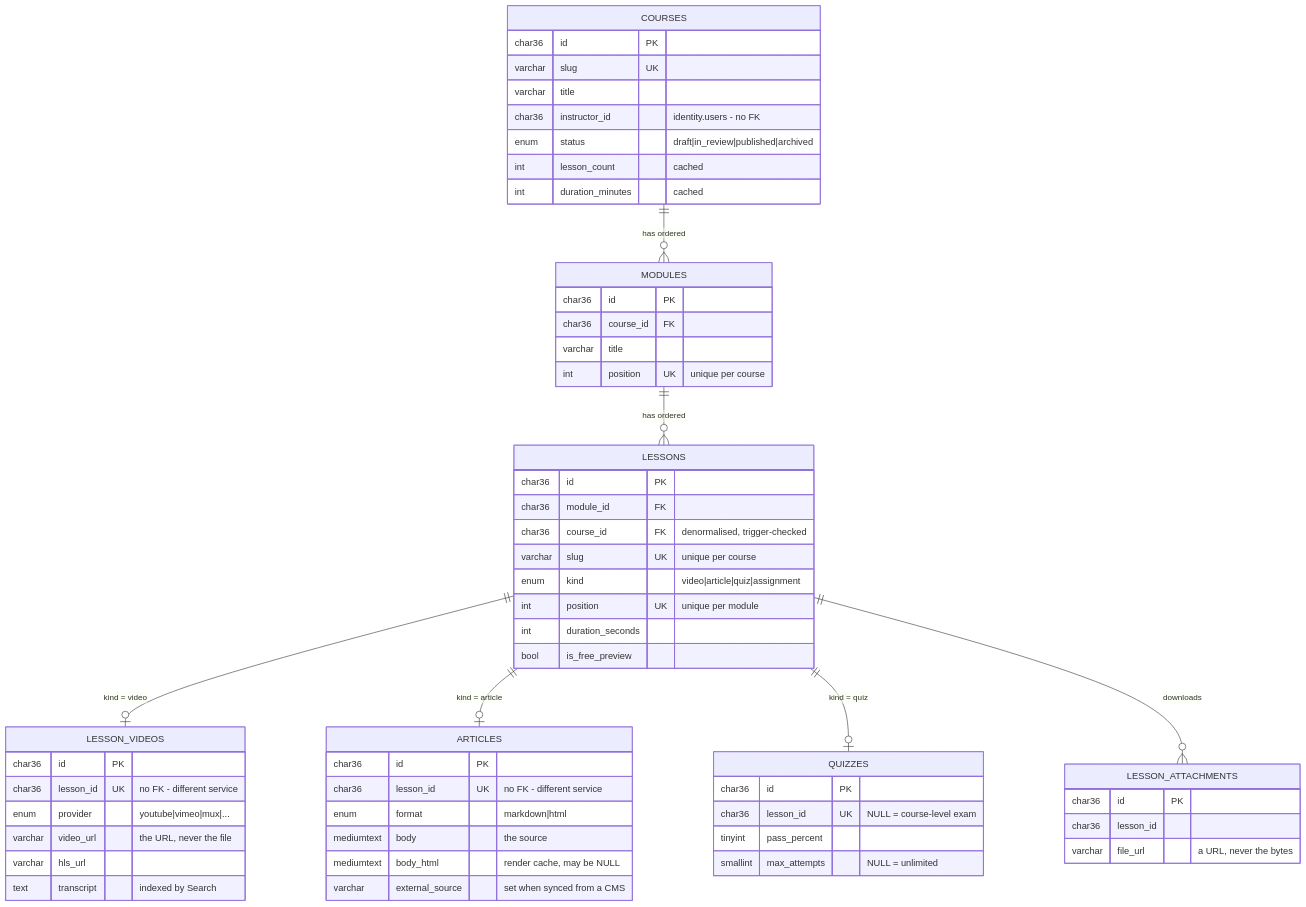
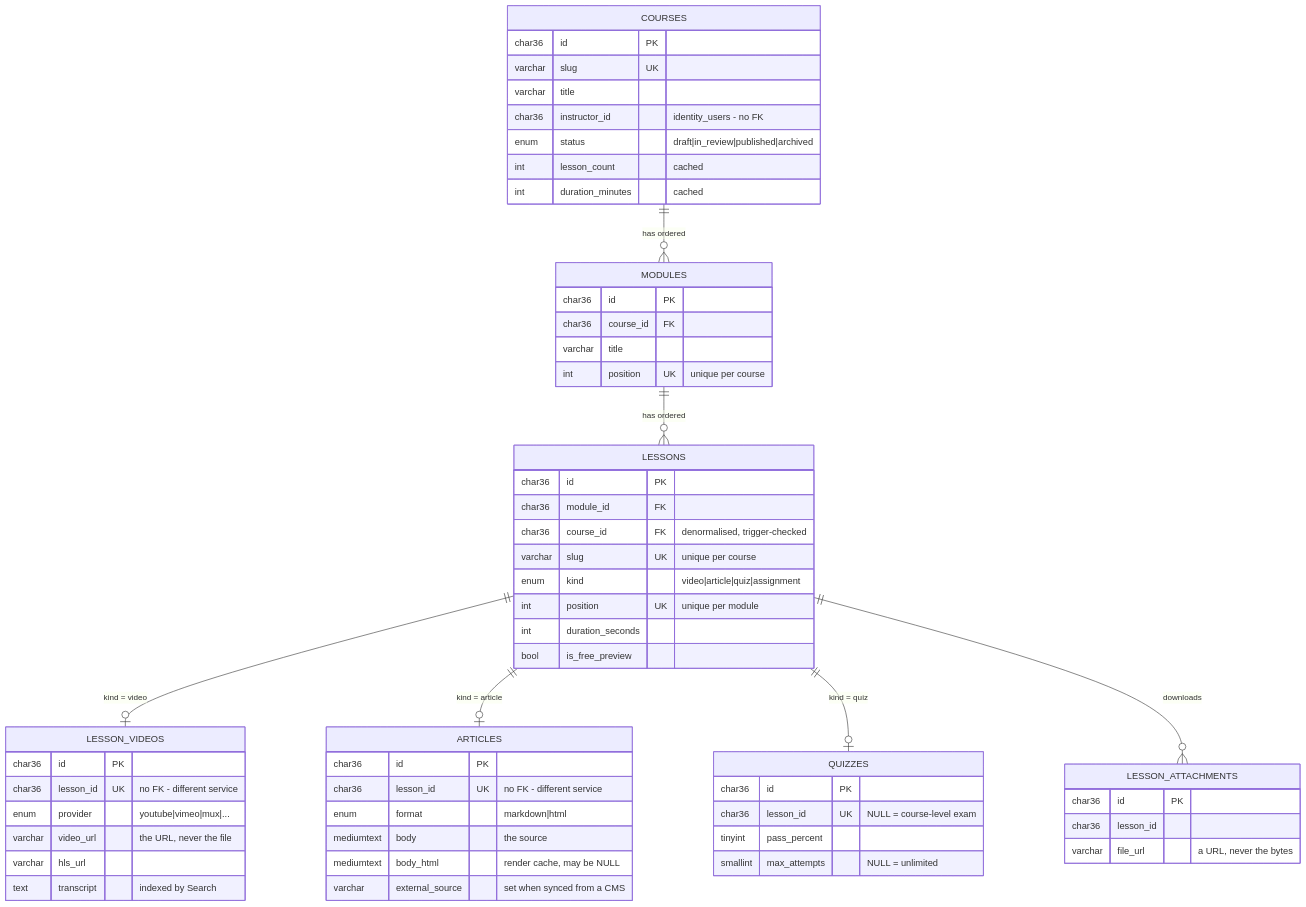
One commit to noshadalam66/learning_db changed the first of 10 diagrams in docs/ERD.md. Above: the diagram before and after it, drawn with Mermaid. The commit also changed other lines of this file and 40 other files, not shown here.

````diff
--- a/docs/ERD.md
+++ b/docs/ERD.md
@@ -25,62 +25,62 @@
 ```mermaid
 erDiagram
     COURSES  ||--o{ MODULES : "has ordered"
     MODULES  ||--o{ LESSONS : "has ordered"
     LESSONS  ||--o| LESSON_VIDEOS : "kind = video"
     LESSONS  ||--o| ARTICLES      : "kind = article"
     LESSONS  ||--o| QUIZZES       : "kind = quiz"
     LESSONS  ||--o{ LESSON_ATTACHMENTS : "downloads"
 
     COURSES {
         char36 id PK
         varchar slug UK
         varchar title
-        char36 instructor_id "identity.users - no FK"
+        char36 instructor_id "identity_users - no FK"
         enum status "draft|in_review|published|archived"
         int lesson_count "cached"
         int duration_minutes "cached"
     }
     MODULES {
         char36 id PK
         char36 course_id FK
         varchar title
         int position UK "unique per course"
     }
     LESSONS {
         char36 id PK
         char36 module_id FK
         char36 course_id FK "denormalised, trigger-checked"
         varchar slug UK "unique per course"
         enum kind "video|article|quiz|assignment"
         int position UK "unique per module"
         int duration_seconds
         bool is_free_preview
     }
     LESSON_VIDEOS {
         char36 id PK
         char36 lesson_id UK "no FK - different service"
         enum provider "youtube|vimeo|mux|..."
         varchar video_url "the URL, never the file"
         varchar hls_url
         text transcript "indexed by Search"
     }
     ARTICLES {
         char36 id PK
         char36 lesson_id UK "no FK - different service"
         enum format "markdown|html"
         mediumtext body "the source"
         mediumtext body_html "render cache, may be NULL"
         varchar external_source "set when synced from a CMS"
     }
     QUIZZES {
         char36 id PK
         char36 lesson_id UK "NULL = course-level exam"
         tinyint pass_percent
         smallint max_attempts "NULL = unlimited"
     }
     LESSON_ATTACHMENTS {
         char36 id PK
         char36 lesson_id
         varchar file_url "a URL, never the bytes"
     }
 ```
````
